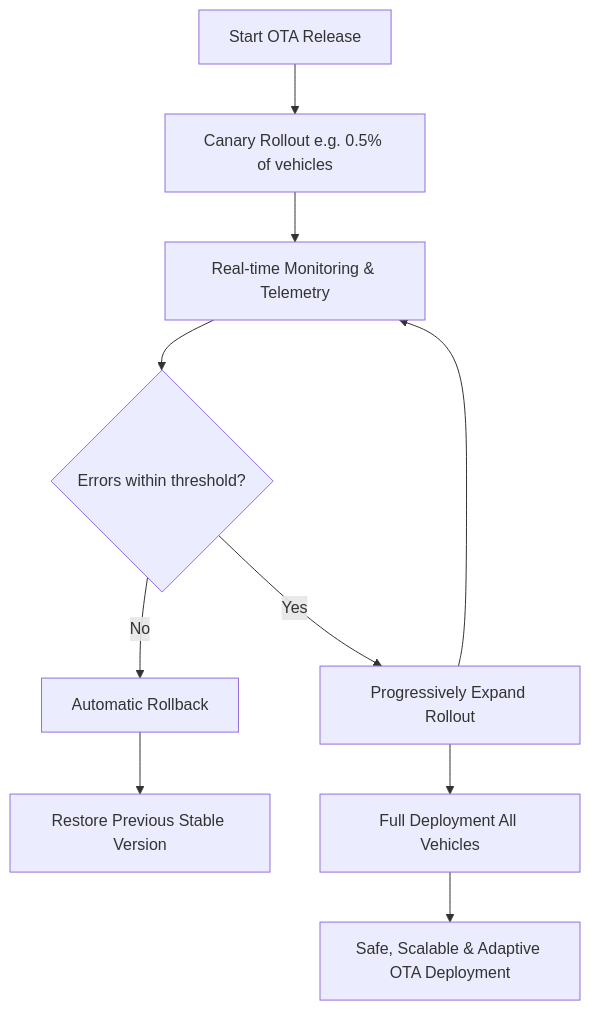
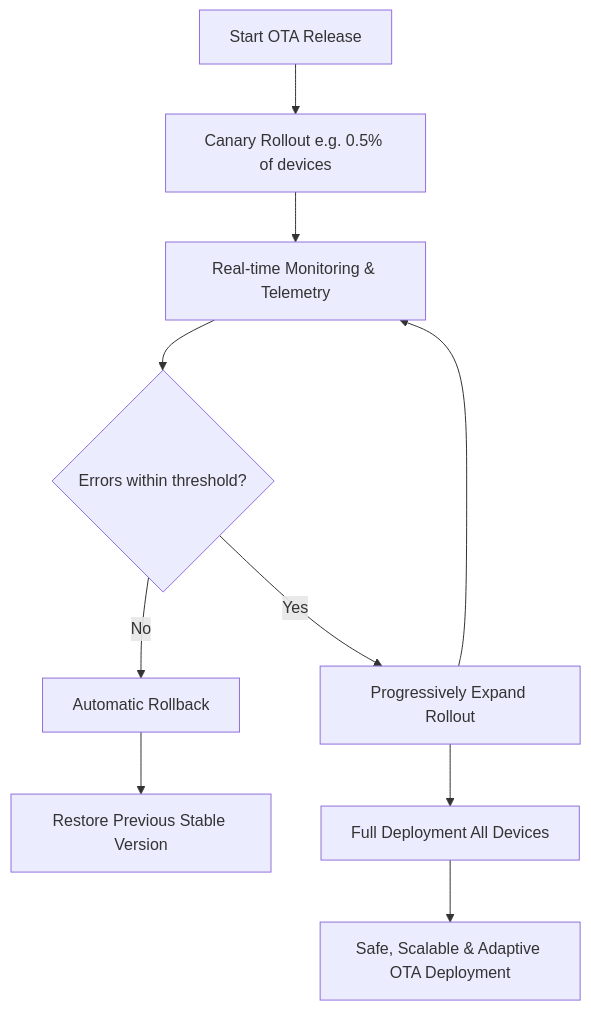
One commit to Eclipse-SDV-Hackathon-Chapter-Three/COOTA changed the diagram in README.md. Above: the diagram before and after it, drawn with Mermaid. The commit also changed other lines of this file, not shown here.

````diff
--- a/README.md
+++ b/README.md
@@ -29,15 +29,15 @@
 ```mermaid
 flowchart TD
-    A[Start OTA Release] --> B[Canary Rollout e.g. 0.5% of vehicles]
+    A[Start OTA Release] --> B[Canary Rollout e.g. 0.5% of devices]
     B --> C[Real-time Monitoring & Telemetry]
     C --> D{Errors within threshold?}
     
     D -- Yes --> E[Progressively Expand Rollout]
     E --> C
     
     D -- No --> F[Automatic Rollback]
     F --> G[Restore Previous Stable Version]
     
-    E --> H[Full Deployment All Vehicles]
+    E --> H[Full Deployment All Devices]
     H --> I[Safe, Scalable & Adaptive OTA Deployment]
 ```
````
